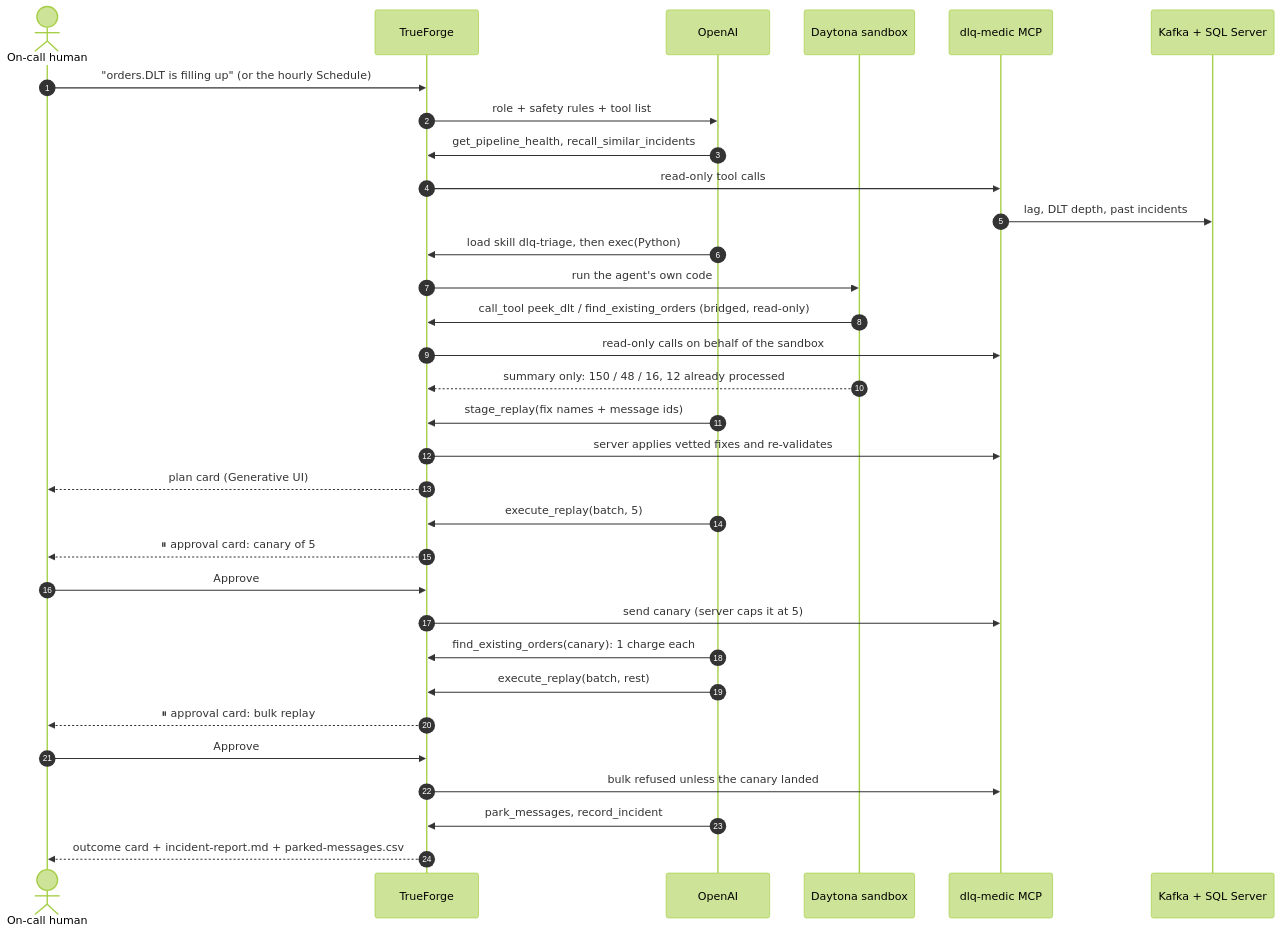
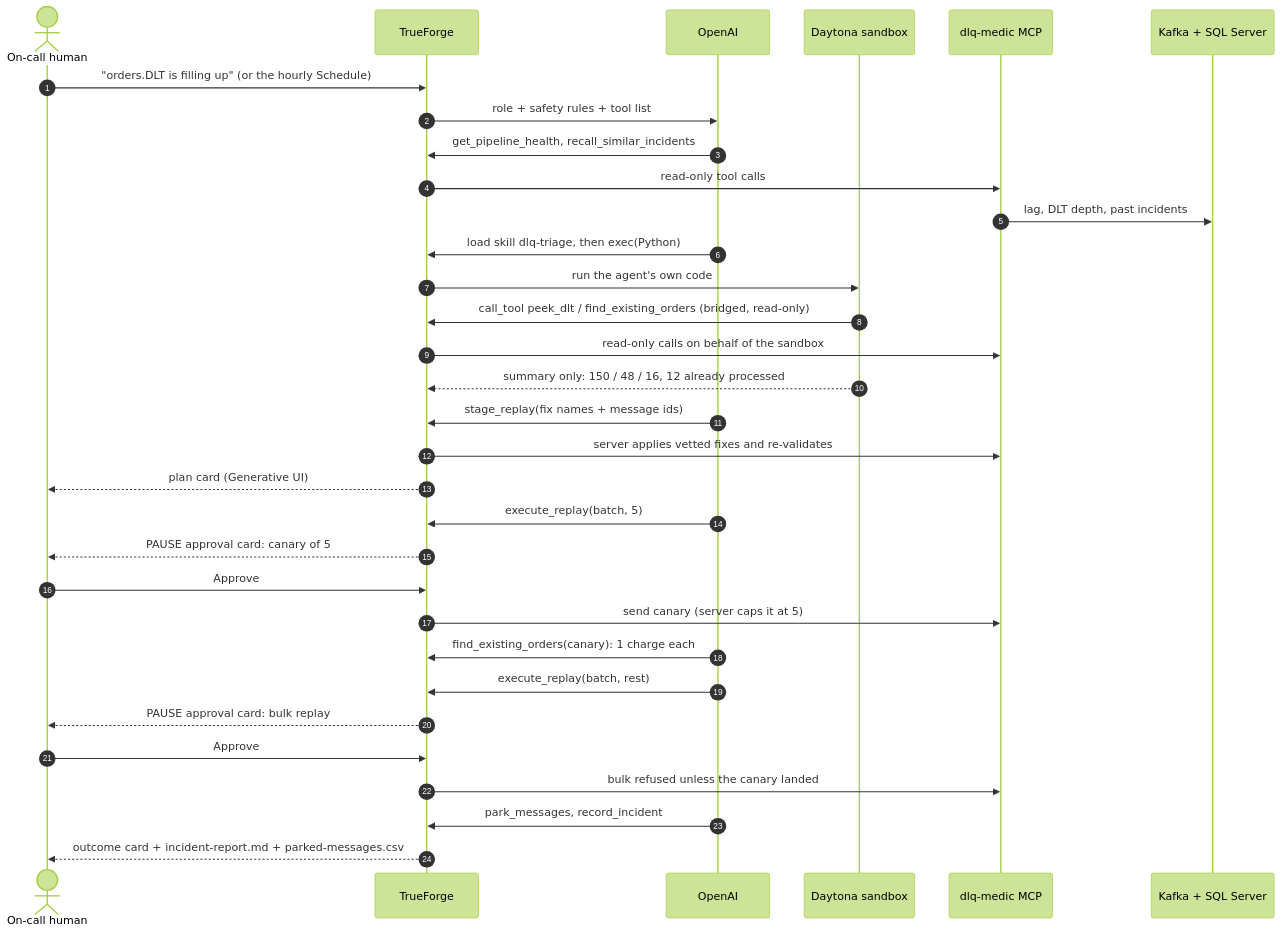
Before and after one commit to akash-yadagouda/dlq-medic: the second of 2 diagrams in README.md, drawn with Mermaid (forest theme). The commit also changed other lines of this file, not shown here.

First line of the commit message:
README: lay the harness diagram out top to bottom

````diff
--- a/README.md
+++ b/README.md
@@ -110,35 +113,35 @@
 ```mermaid
 sequenceDiagram
     autonumber
     actor Human as On-call human
     participant TF as TrueForge
     participant LLM as OpenAI
     participant SB as Daytona sandbox
     participant MCP as dlq-medic MCP
     participant SYS as Kafka + SQL Server
 
     Human->>TF: "orders.DLT is filling up" (or the hourly Schedule)
     TF->>LLM: role + safety rules + tool list
     LLM->>TF: get_pipeline_health, recall_similar_incidents
     TF->>MCP: read-only tool calls
     MCP->>SYS: lag, DLT depth, past incidents
     LLM->>TF: load skill dlq-triage, then exec(Python)
     TF->>SB: run the agent's own code
     SB->>TF: call_tool peek_dlt / find_existing_orders (bridged, read-only)
     TF->>MCP: read-only calls on behalf of the sandbox
     SB-->>TF: summary only: 150 / 48 / 16, 12 already processed
     LLM->>TF: stage_replay(fix names + message ids)
     TF->>MCP: server applies vetted fixes and re-validates
     TF-->>Human: plan card (Generative UI)
     LLM->>TF: execute_replay(batch, 5)
-    TF-->>Human: ⏸ approval card: canary of 5
+    TF-->>Human: PAUSE approval card: canary of 5
     Human->>TF: Approve
     TF->>MCP: send canary (server caps it at 5)
     LLM->>TF: find_existing_orders(canary): 1 charge each
     LLM->>TF: execute_replay(batch, rest)
-    TF-->>Human: ⏸ approval card: bulk replay
+    TF-->>Human: PAUSE approval card: bulk replay
     Human->>TF: Approve
     TF->>MCP: bulk refused unless the canary landed
     LLM->>TF: park_messages, record_incident
     TF-->>Human: outcome card + incident-report.md + parked-messages.csv
 ```
````
